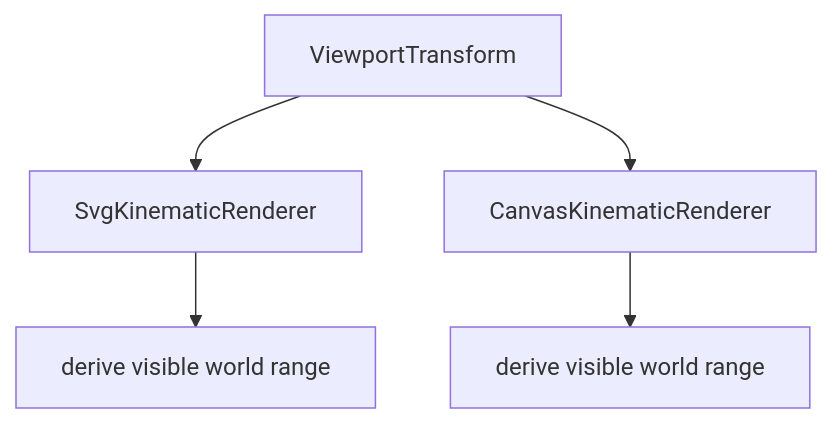
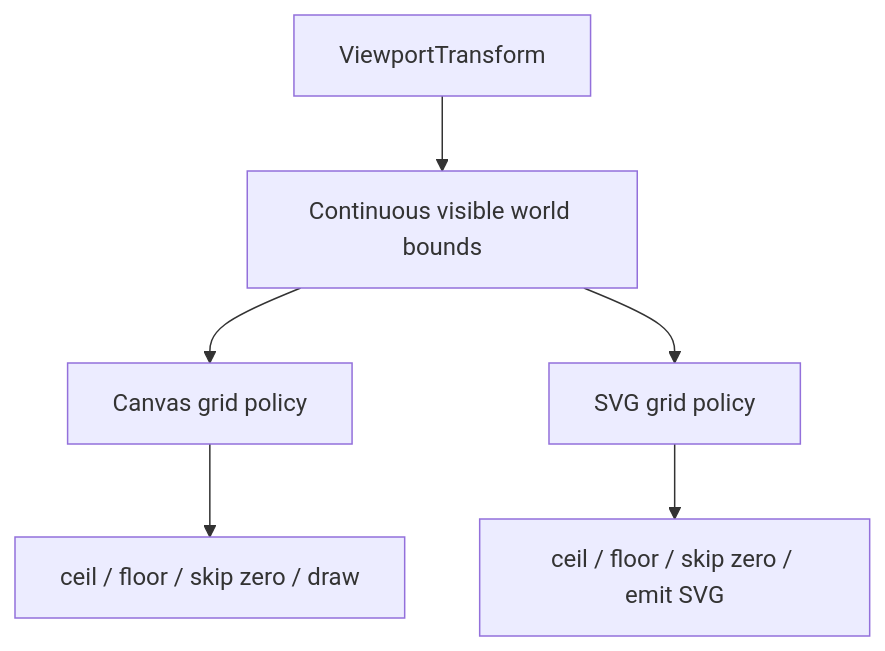
One commit to fa-ribeiro/vLab2D changed diagram 14 of 15 in docs/architecture/README.md. Above: the diagram before and after it, drawn with Mermaid. The commit also changed other lines of this file and 10 other files, not shown here.

Commit message:
refactor(visualization): centralize visible world bounds

````diff
--- a/docs/architecture/README.md
+++ b/docs/architecture/README.md
@@ -732,16 +760,15 @@
 ```mermaid
 flowchart TD
     TRANSFORM["ViewportTransform"]
+    BOUNDS["Continuous visible world bounds"]
 
-    SVG["SvgKinematicRenderer"]
-    CANVAS["CanvasKinematicRenderer"]
+    CANVAS["Canvas grid policy"]
+    SVG["SVG grid policy"]
 
-    SVGRANGE["derive visible world range"]
-    CANVASRANGE["derive visible world range"]
+    TRANSFORM --> BOUNDS
+    BOUNDS --> CANVAS
+    BOUNDS --> SVG
 
-    TRANSFORM --> SVG
-    TRANSFORM --> CANVAS
-
-    SVG --> SVGRANGE
-    CANVAS --> CANVASRANGE
+    CANVAS --> CINT["ceil / floor / skip zero / draw"]
+    SVG --> SINT["ceil / floor / skip zero / emit SVG"]
 ```
````
